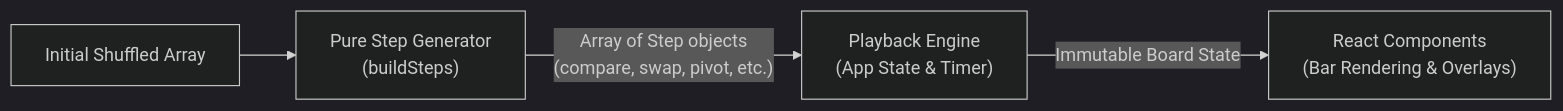
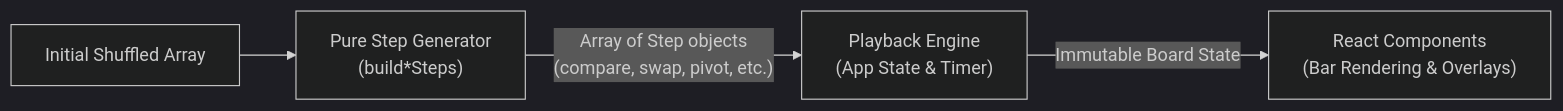
Before and after one commit to shin4488/algorithm-visualizer: the diagram in README.md, drawn with Mermaid (dark theme). The commit also changed other lines of this file and 11 other files, not shown here.

````diff
--- a/README.md
+++ b/README.md
@@ -24,6 +19,6 @@
 ```mermaid
 flowchart LR
-    Input["Initial Shuffled Array"] --> Gen["Pure Step Generator<br>(buildSteps)"]
+    Input["Initial Shuffled Array"] --> Gen["Pure Step Generator<br>(build*Steps)"]
     Gen -->|"Array of Step objects<br>(compare, swap, pivot, etc.)"| State["Playback Engine<br>(App State & Timer)"]
     State -->|"Immutable Board State"| UI["React Components<br>(Bar Rendering & Overlays)"]
 ```
````
